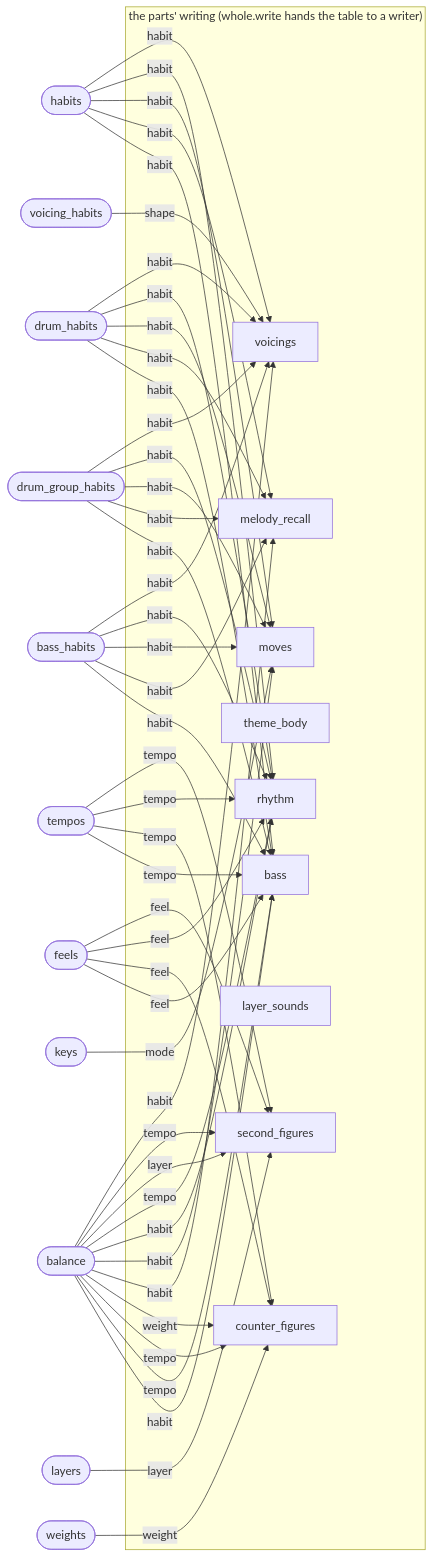
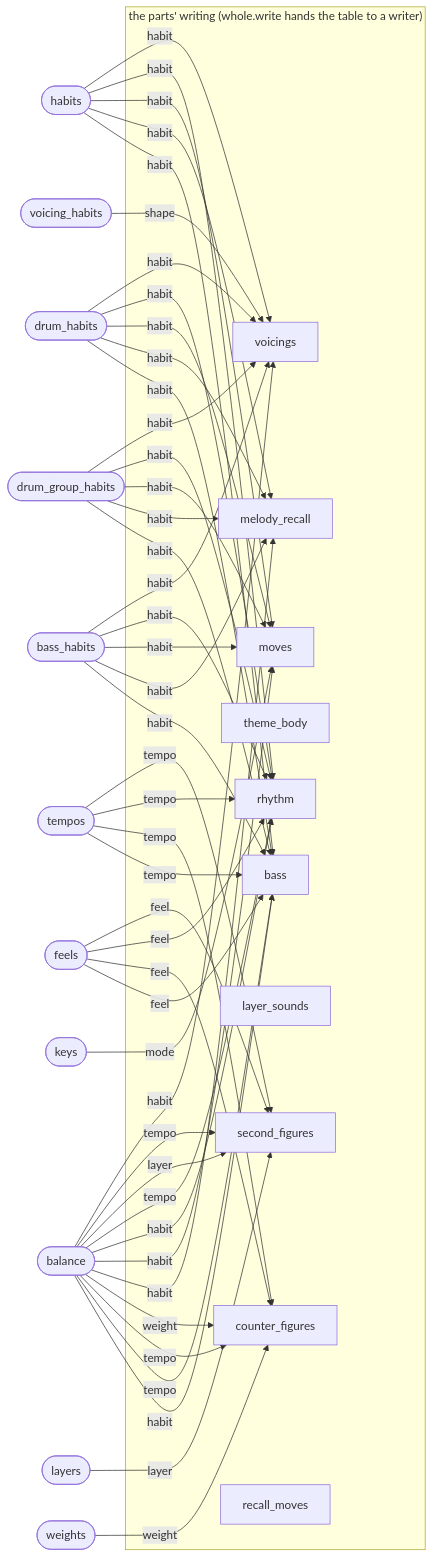
The third of 9 diagrams in docs/idiom/vocabulary-map.md (CatDogBark/bitComposer), drawn with Mermaid before and after one commit. The commit also changed other lines of this file and 4 other files, not shown here.

````diff
--- a/docs/idiom/vocabulary-map.md
+++ b/docs/idiom/vocabulary-map.md
@@ -317,68 +318,69 @@
 ```mermaid
 flowchart LR
   balance(["balance"])
   bass_habits(["bass_habits"])
   drum_group_habits(["drum_group_habits"])
   drum_habits(["drum_habits"])
   feels(["feels"])
   habits(["habits"])
   keys(["keys"])
   layers(["layers"])
   tempos(["tempos"])
   voicing_habits(["voicing_habits"])
   weights(["weights"])
   subgraph stage_writing["the parts' writing (whole.write hands the table to a writer)"]
     rhythm["rhythm"]
     bass["bass"]
     voicings["voicings"]
     theme_body["theme_body"]
     moves["moves"]
     melody_recall["melody_recall"]
     layer_sounds["layer_sounds"]
     second_figures["second_figures"]
     counter_figures["counter_figures"]
+    recall_moves["recall_moves"]
   end
   balance -- habit --> bass
   balance -- tempo --> bass
   balance -- tempo --> counter_figures
   balance -- weight --> counter_figures
   balance -- habit --> melody_recall
   balance -- habit --> moves
   balance -- habit --> rhythm
   balance -- tempo --> rhythm
   balance -- layer --> second_figures
   balance -- tempo --> second_figures
   balance -- habit --> voicings
   bass_habits -- habit --> bass
   bass_habits -- habit --> melody_recall
   bass_habits -- habit --> moves
   bass_habits -- habit --> rhythm
   bass_habits -- habit --> voicings
   drum_group_habits -- habit --> bass
   drum_group_habits -- habit --> melody_recall
   drum_group_habits -- habit --> moves
   drum_group_habits -- habit --> rhythm
   drum_group_habits -- habit --> voicings
   drum_habits -- habit --> bass
   drum_habits -- habit --> melody_recall
   drum_habits -- habit --> moves
   drum_habits -- habit --> rhythm
   drum_habits -- habit --> voicings
   feels -- feel --> bass
   feels -- feel --> counter_figures
   feels -- feel --> rhythm
   feels -- feel --> second_figures
   habits -- habit --> bass
   habits -- habit --> melody_recall
   habits -- habit --> moves
   habits -- habit --> rhythm
   habits -- habit --> voicings
   keys -- mode --> moves
   layers -- layer --> second_figures
   tempos -- tempo --> bass
   tempos -- tempo --> counter_figures
   tempos -- tempo --> rhythm
   tempos -- tempo --> second_figures
   voicing_habits -- shape --> voicings
   weights -- weight --> counter_figures
 ```
````
